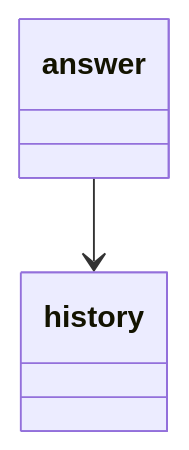
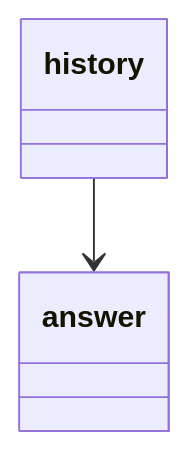
Before and after one commit to TheGreatShan/GPT-Cli: the third of 3 diagrams in readme.md, drawn with Mermaid. The commit also changed other lines of this file and 3 other files, not shown here.

````diff
--- a/readme.md
+++ b/readme.md
@@ -69,7 +70,7 @@
 ```mermaid
 classDiagram
   class answer
   class history
 
-  answer --> history
+  history --> answer
 ```
````
